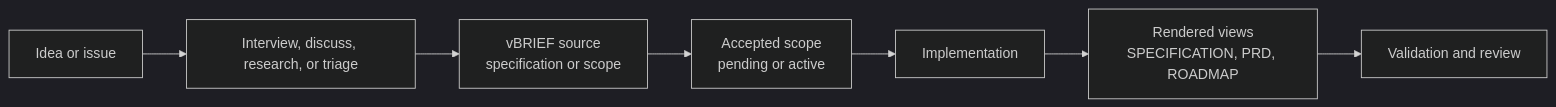
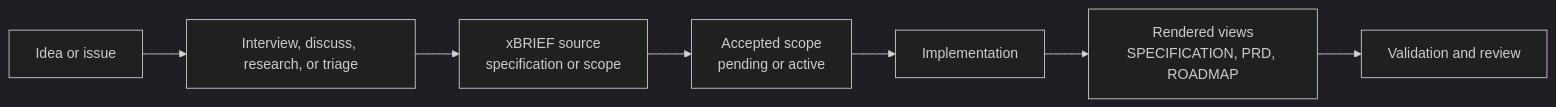
One commit to deftai/directive changed the second of 7 diagrams in docs/CONCEPTS.md. Above: the diagram before and after it, drawn with Mermaid (dark theme). The commit also changed other lines of this file and 9 other files, not shown here.

````diff
--- a/docs/CONCEPTS.md
+++ b/docs/CONCEPTS.md
@@ -72,9 +76,9 @@
 ```mermaid
 flowchart LR
     Idea["Idea or issue"] --> Interview["Interview, discuss, research, or triage"]
-    Interview --> Spec["vBRIEF source<br/>specification or scope"]
+    Interview --> Spec["xBRIEF source<br/>specification or scope"]
     Spec --> Plan["Accepted scope<br/>pending or active"]
     Plan --> Build["Implementation"]
     Build --> Render["Rendered views<br/>SPECIFICATION, PRD, ROADMAP"]
     Render --> Verify["Validation and review"]
 ```
````
